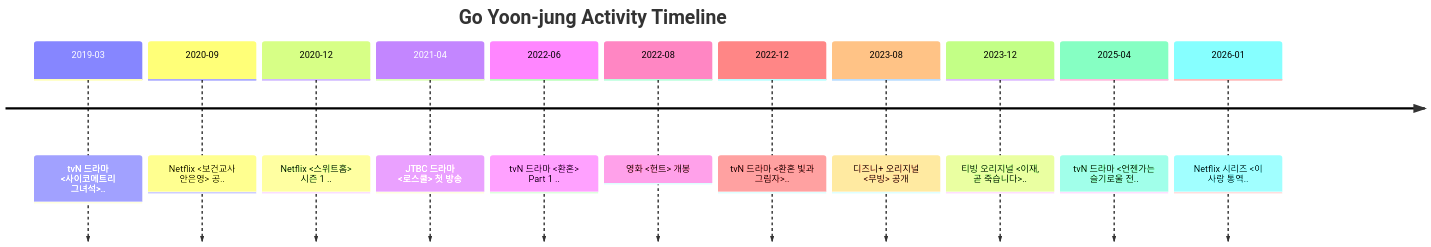
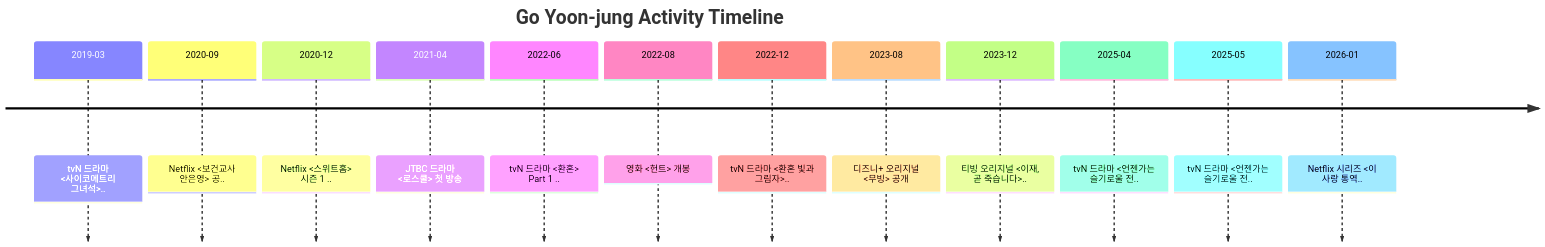
One commit to dkdleljh/goyoonjung-wiki changed the diagram in pages/timeline.md. Above: the diagram before and after it, drawn with Mermaid. The commit also changed 3 other files, not shown here.

````diff
--- a/pages/timeline.md
+++ b/pages/timeline.md
@@ -4,15 +4,16 @@
 ```mermaid
 timeline
     title Go Yoon-jung Activity Timeline
     2019-03 : tvN 드라마 <사이코메트리 그녀석>..
     2020-09 : Netflix <보건교사 안은영> 공..
     2020-12 : Netflix <스위트홈> 시즌 1 ..
     2021-04 : JTBC 드라마 <로스쿨> 첫 방송
     2022-06 : tvN 드라마 <환혼> Part 1 ..
     2022-08 : 영화 <헌트> 개봉
     2022-12 : tvN 드라마 <환혼  빛과 그림자>..
     2023-08 : 디즈니+ 오리지널 <무빙> 공개
     2023-12 : 티빙 오리지널 <이재, 곧 죽습니다>..
     2025-04 : tvN 드라마 <언젠가는 슬기로울 전..
+    2025-05 : tvN 드라마 <언젠가는 슬기로울 전..
     2026-01 : Netflix 시리즈 <이 사랑 통역..
 ```
````
